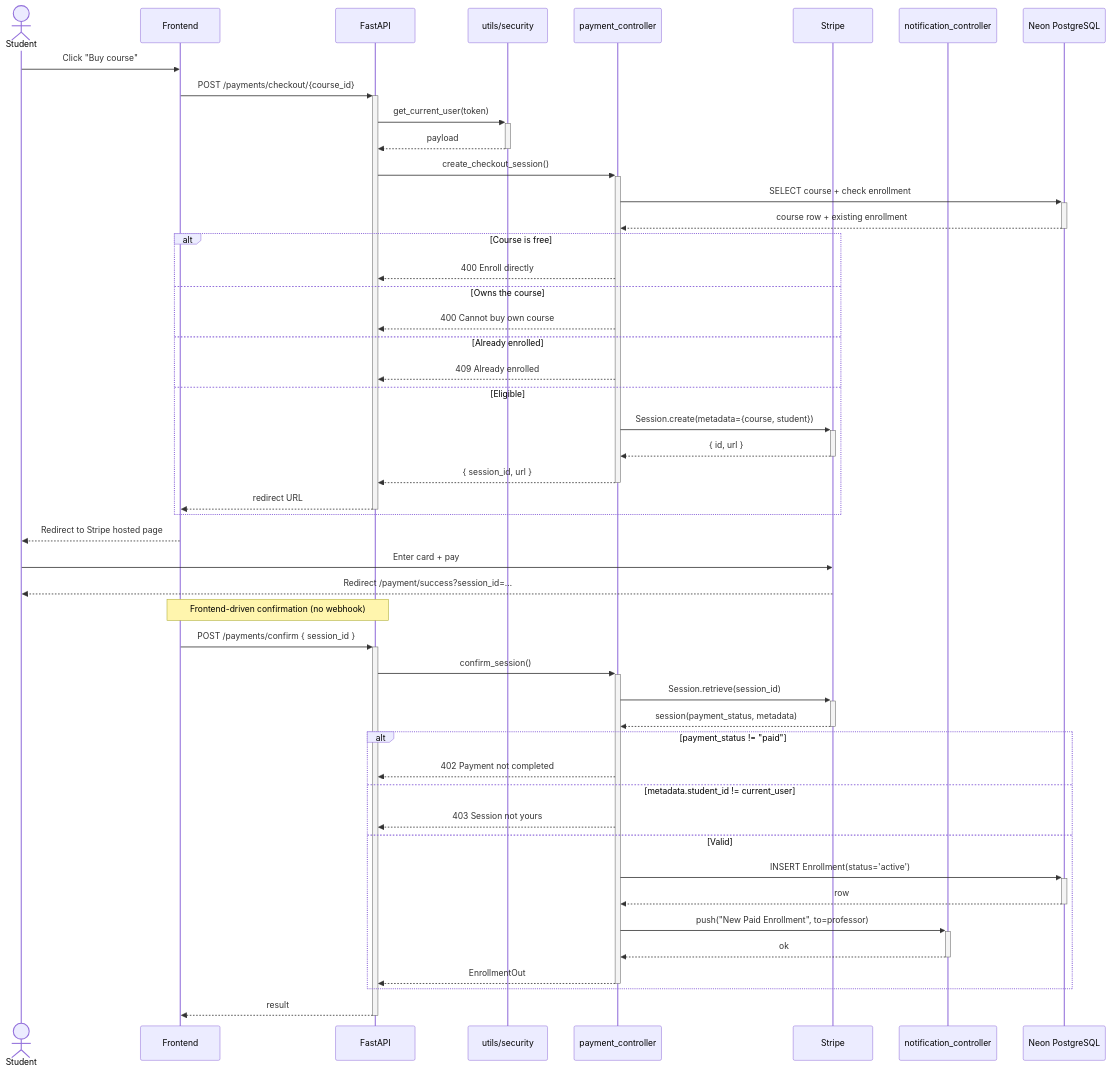
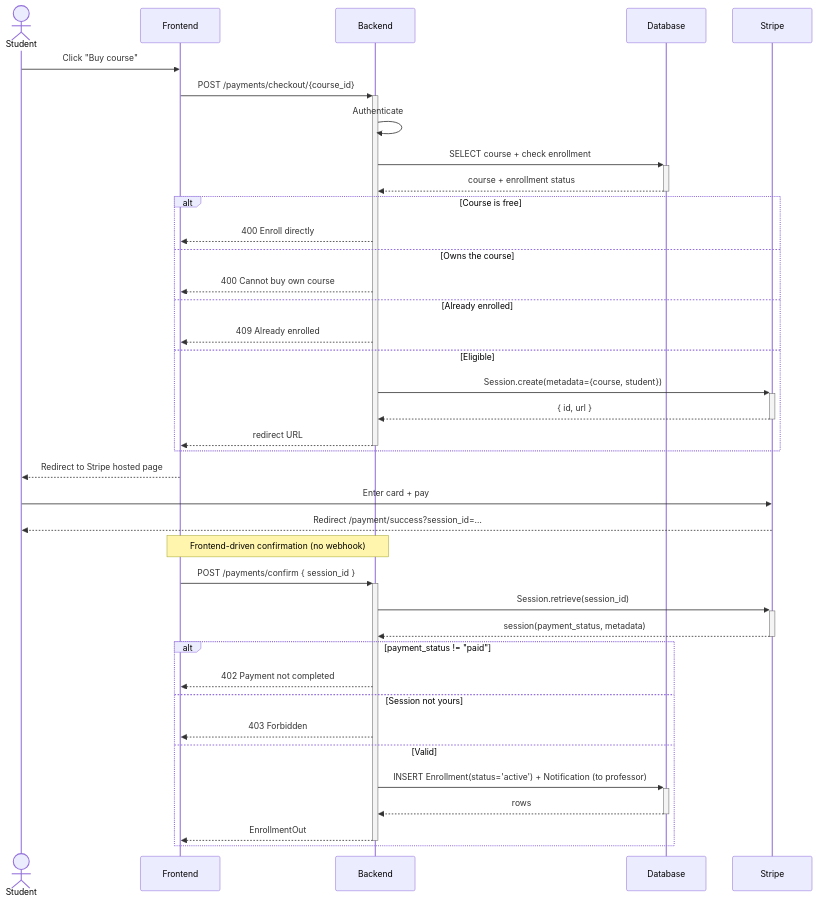
Before and after one commit to yazidha09/Hub4Learners: the fourth of 6 diagrams in docs/sprints/SPRINT_6.md, drawn with Mermaid. The commit also changed other lines of this file and 5 other files, not shown here.

````diff
--- a/docs/sprints/SPRINT_6.md
+++ b/docs/sprints/SPRINT_6.md
@@ -178,54 +178,44 @@
 ```mermaid
 sequenceDiagram
     actor Student
     participant Frontend
-    participant API as FastAPI
-    participant Sec as utils/security
-    participant Pay as payment_controller
+    participant Backend
+    participant DB as Database
     participant Stripe
-    participant Notif as notification_controller
-    participant DB as Neon PostgreSQL
 
     Student->>Frontend: Click "Buy course"
-    Frontend->>+API: POST /payments/checkout/{course_id}
-    API->>+Sec: get_current_user(token)
-    Sec-->>-API: payload
-    API->>+Pay: create_checkout_session()
-    Pay->>+DB: SELECT course + check enrollment
-    DB-->>-Pay: course row + existing enrollment
+    Frontend->>+Backend: POST /payments/checkout/{course_id}
+    Backend->>Backend: Authenticate
+    Backend->>+DB: SELECT course + check enrollment
+    DB-->>-Backend: course + enrollment status
     alt Course is free
-        Pay-->>API: 400 Enroll directly
+        Backend-->>Frontend: 400 Enroll directly
     else Owns the course
-        Pay-->>API: 400 Cannot buy own course
+        Backend-->>Frontend: 400 Cannot buy own course
     else Already enrolled
-        Pay-->>API: 409 Already enrolled
+        Backend-->>Frontend: 409 Already enrolled
     else Eligible
-        Pay->>+Stripe: Session.create(metadata={course, student})
-        Stripe-->>-Pay: { id, url }
-        Pay-->>-API: { session_id, url }
-        API-->>-Frontend: redirect URL
+        Backend->>+Stripe: Session.create(metadata={course, student})
+        Stripe-->>-Backend: { id, url }
+        Backend-->>-Frontend: redirect URL
     end
 
     Frontend-->>Student: Redirect to Stripe hosted page
     Student->>Stripe: Enter card + pay
     Stripe-->>Student: Redirect /payment/success?session_id=…
 
-    Note over Frontend,API: Frontend-driven confirmation (no webhook)
+    Note over Frontend,Backend: Frontend-driven confirmation (no webhook)
 
-    Frontend->>+API: POST /payments/confirm { session_id }
-    API->>+Pay: confirm_session()
-    Pay->>+Stripe: Session.retrieve(session_id)
-    Stripe-->>-Pay: session(payment_status, metadata)
+    Frontend->>+Backend: POST /payments/confirm { session_id }
+    Backend->>+Stripe: Session.retrieve(session_id)
+    Stripe-->>-Backend: session(payment_status, metadata)
     alt payment_status != "paid"
-        Pay-->>API: 402 Payment not completed
-    else metadata.student_id != current_user
-        Pay-->>API: 403 Session not yours
+        Backend-->>Frontend: 402 Payment not completed
+    else Session not yours
+        Backend-->>Frontend: 403 Forbidden
     else Valid
-        Pay->>+DB: INSERT Enrollment(status='active')
-        DB-->>-Pay: row
-        Pay->>+Notif: push("New Paid Enrollment", to=professor)
-        Notif-->>-Pay: ok
-        Pay-->>-API: EnrollmentOut
+        Backend->>+DB: INSERT Enrollment(status='active') + Notification (to professor)
+        DB-->>-Backend: rows
+        Backend-->>-Frontend: EnrollmentOut
     end
-    API-->>-Frontend: result
 ```
````
